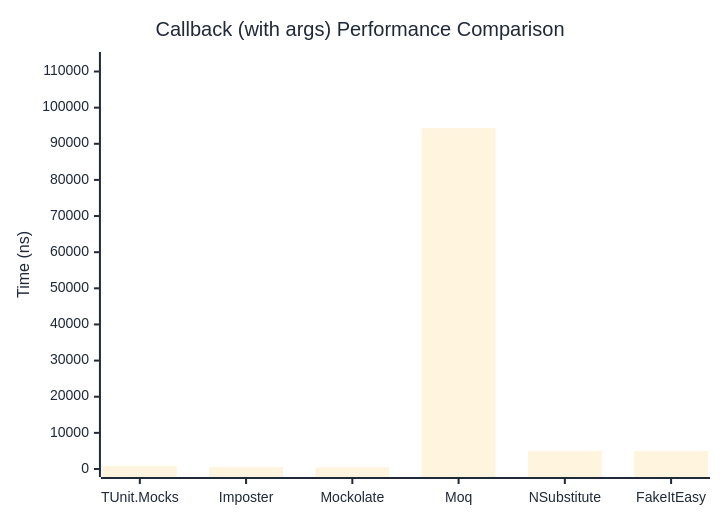
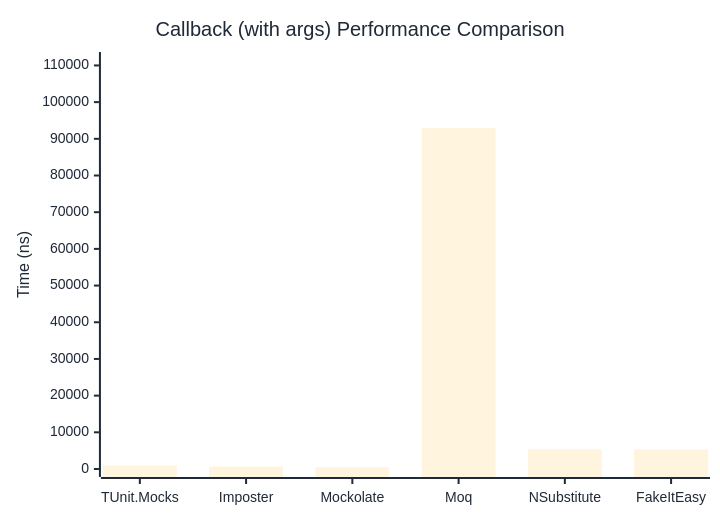
Before and after one commit to thomhurst/TUnit: the second of 2 diagrams in docs/docs/benchmarks/mocks/Callback.md, drawn with Mermaid. The commit also changed other lines of this file and 14 other files, not shown here.

````diff
--- a/docs/docs/benchmarks/mocks/Callback.md
+++ b/docs/docs/benchmarks/mocks/Callback.md
@@ -71,27 +71,27 @@
 ```mermaid
 %%{init: {
   'theme':'base',
   'themeVariables': {
     'primaryColor': '#2563eb',
     'primaryTextColor': '#1f2937',
     'primaryBorderColor': '#1e40af',
     'lineColor': '#6b7280',
     'secondaryColor': '#7c3aed',
     'tertiaryColor': '#dc2626',
     'background': '#ffffff',
     'pie1': '#2563eb',
     'pie2': '#7c3aed',
     'pie3': '#dc2626',
     'pie4': '#f59e0b',
     'pie5': '#10b981',
     'pie6': '#06b6d4',
     'pie7': '#ec4899',
     'pie8': '#6366f1'
   }
 }}%%
 xychart-beta
   title "Callback (with args) Performance Comparison"
   x-axis ["TUnit.Mocks", "Imposter", "Mockolate", "Moq", "NSubstitute", "FakeItEasy"]
-  y-axis "Time (ns)" 0 --> 113184
-  bar [851.1, 554.8, 448.1, 94319.2, 4991.3, 4995.3]
+  y-axis "Time (ns)" 0 --> 111483
+  bar [967.4, 667.3, 503.5, 92902.1, 5398.6, 5340.2]
 ```
````
